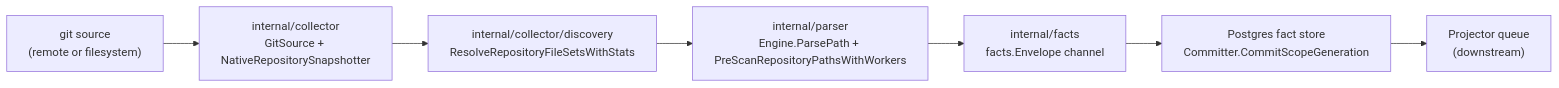
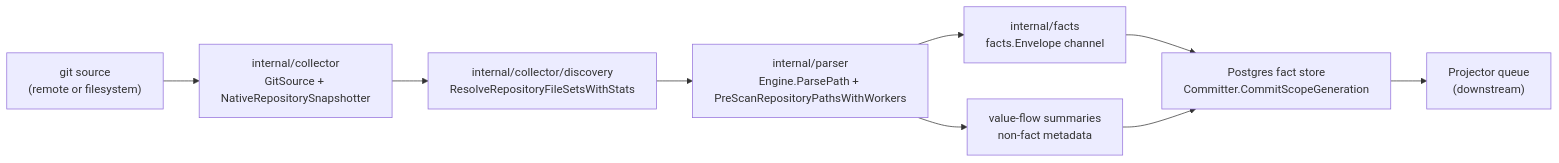
One commit to eshu-hq/eshu changed the first of 2 diagrams in go/internal/collector/README.md. Above: the diagram before and after it, drawn with Mermaid. The commit also changed other lines of this file and 27 other files, not shown here.

Commit message:
feat(storage): persist parser value-flow summaries

````diff
--- a/go/internal/collector/README.md
+++ b/go/internal/collector/README.md
@@ -15,9 +15,11 @@
 ```mermaid
 flowchart LR
   A["git source\n(remote or filesystem)"] --> B["internal/collector\nGitSource + NativeRepositorySnapshotter"]
   B --> C["internal/collector/discovery\nResolveRepositoryFileSetsWithStats"]
   C --> D["internal/parser\nEngine.ParsePath + PreScanRepositoryPathsWithWorkers"]
   D --> E["internal/facts\nfacts.Envelope channel"]
+  D --> E2["value-flow summaries\nnon-fact metadata"]
   E --> F["Postgres fact store\nCommitter.CommitScopeGeneration"]
+  E2 --> F
   F --> G["Projector queue\n(downstream)"]
 ```
````
